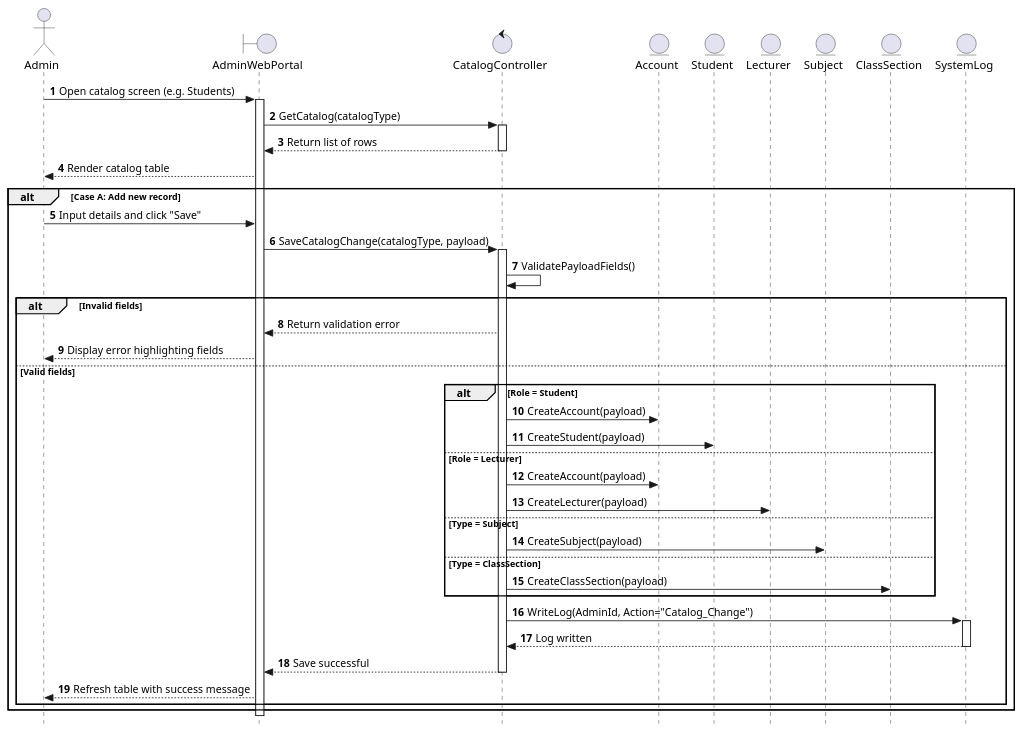
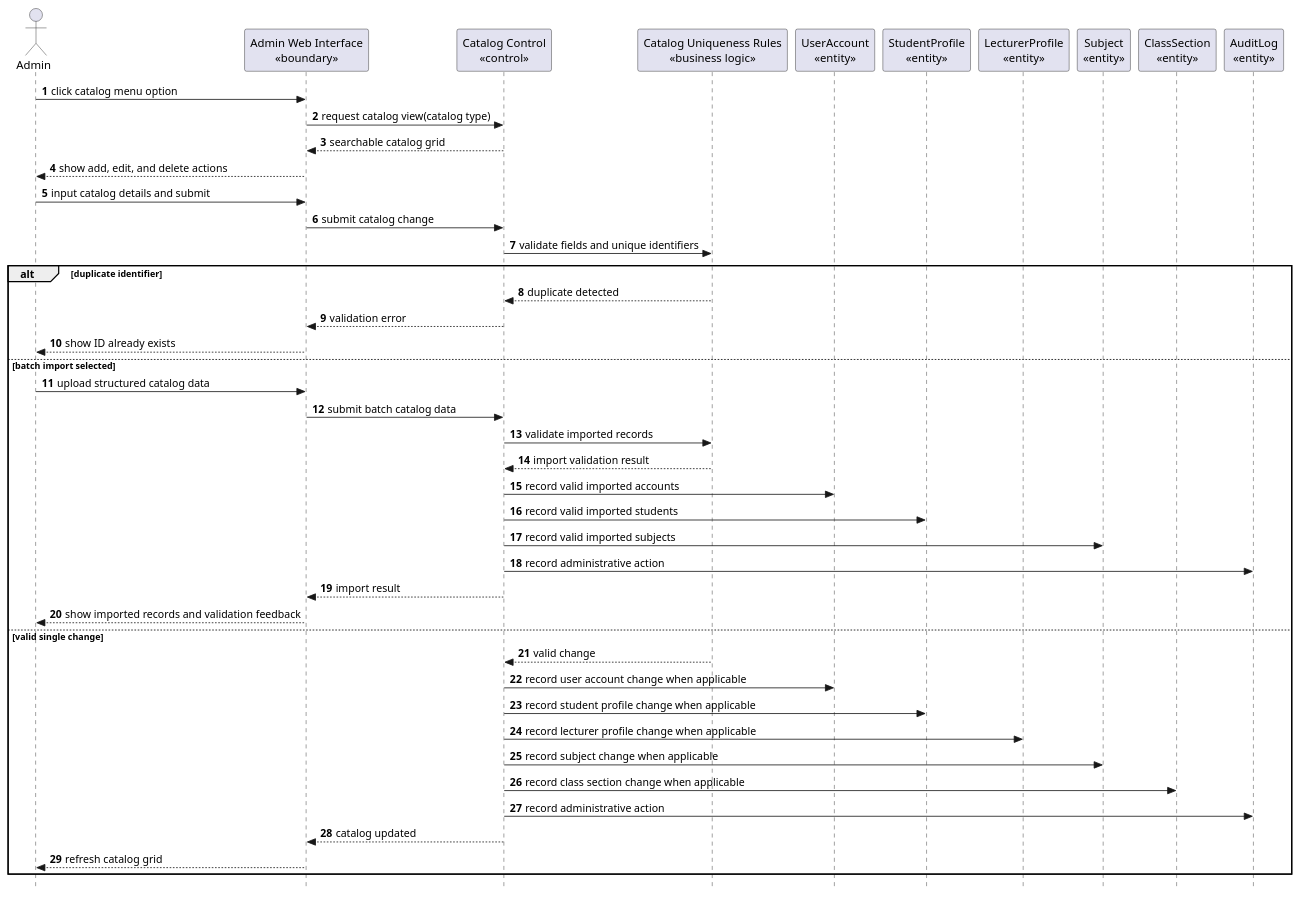
One commit to nttung42/SWD392 changed diagram 19 of 25 in docs/sds/2_Analysis.md. Above: the diagram before and after it, drawn with PlantUML. The commit also changed other lines of this file and 1 other file, not shown here.

````diff
--- a/docs/sds/2_Analysis.md
+++ b/docs/sds/2_Analysis.md
@@ -663,54 +905,51 @@
 ```plantuml
 @startuml
 skinparam style strictuml
 autonumber
-actor AD as "Admin"
-boundary AWP as "AdminWebPortal"
-control CC as "CatalogController"
-entity ACC as "Account"
-entity ST as "Student"
-entity LT as "Lecturer"
-entity SUB as "Subject"
-entity CLS as "ClassSection"
-entity SL as "SystemLog"
+actor "Admin" as Admin
+participant "Admin Web Interface\n«boundary»" as AdminUI
+participant "Catalog Control\n«control»" as CatalogControl
+participant "Catalog Uniqueness Rules\n«business logic»" as CatalogRules
+participant "UserAccount\n«entity»" as UserAccount
+participant "StudentProfile\n«entity»" as StudentProfile
+participant "LecturerProfile\n«entity»" as LecturerProfile
+participant "Subject\n«entity»" as Subject
+participant "ClassSection\n«entity»" as ClassSection
+participant "AuditLog\n«entity»" as AuditLog
 
-AD -> AWP : Open catalog screen (e.g. Students)
-activate AWP
-AWP -> CC : GetCatalog(catalogType)
-activate CC
-CC --> AWP : Return list of rows
-deactivate CC
-AWP --> AD : Render catalog table
+Admin -> AdminUI : click catalog menu option
+AdminUI -> CatalogControl : request catalog view(catalog type)
+CatalogControl --> AdminUI : searchable catalog grid
+AdminUI --> Admin : show add, edit, and delete actions
+Admin -> AdminUI : input catalog details and submit
+AdminUI -> CatalogControl : submit catalog change
+CatalogControl -> CatalogRules : validate fields and unique identifiers
 
-alt Case A: Add new record
-    AD -> AWP : Input details and click "Save"
-    AWP -> CC : SaveCatalogChange(catalogType, payload)
-    activate CC
-    CC -> CC : ValidatePayloadFields()
-    alt Invalid fields
-        CC --> AWP : Return validation error
-        AWP --> AD : Display error highlighting fields
-    else Valid fields
-        alt Role = Student
-            CC -> ACC : CreateAccount(payload)
-            CC -> ST : CreateStudent(payload)
-        else Role = Lecturer
-            CC -> ACC : CreateAccount(payload)
-            CC -> LT : CreateLecturer(payload)
-        else Type = Subject
-            CC -> SUB : CreateSubject(payload)
-        else Type = ClassSection
-            CC -> CLS : CreateClassSection(payload)
-        end
-        CC -> SL : WriteLog(AdminId, Action="Catalog_Change")
-        activate SL
-        SL --> CC : Log written
-        deactivate SL
-        CC --> AWP : Save successful
-        deactivate CC
-        AWP --> AD : Refresh table with success message
-    end
+alt duplicate identifier
+  CatalogRules --> CatalogControl : duplicate detected
+  CatalogControl --> AdminUI : validation error
+  AdminUI --> Admin : show ID already exists
+else batch import selected
+  Admin -> AdminUI : upload structured catalog data
+  AdminUI -> CatalogControl : submit batch catalog data
+  CatalogControl -> CatalogRules : validate imported records
+  CatalogRules --> CatalogControl : import validation result
+  CatalogControl -> UserAccount : record valid imported accounts
+  CatalogControl -> StudentProfile : record valid imported students
+  CatalogControl -> Subject : record valid imported subjects
+  CatalogControl -> AuditLog : record administrative action
+  CatalogControl --> AdminUI : import result
+  AdminUI --> Admin : show imported records and validation feedback
+else valid single change
+  CatalogRules --> CatalogControl : valid change
+  CatalogControl -> UserAccount : record user account change when applicable
+  CatalogControl -> StudentProfile : record student profile change when applicable
+  CatalogControl -> LecturerProfile : record lecturer profile change when applicable
+  CatalogControl -> Subject : record subject change when applicable
+  CatalogControl -> ClassSection : record class section change when applicable
+  CatalogControl -> AuditLog : record administrative action
+  CatalogControl --> AdminUI : catalog updated
+  AdminUI --> Admin : refresh catalog grid
 end
-deactivate AWP
 @enduml
 ```
````
